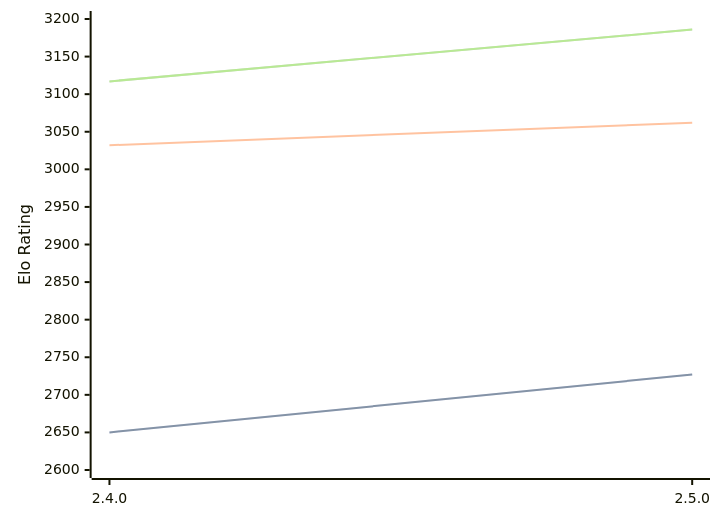
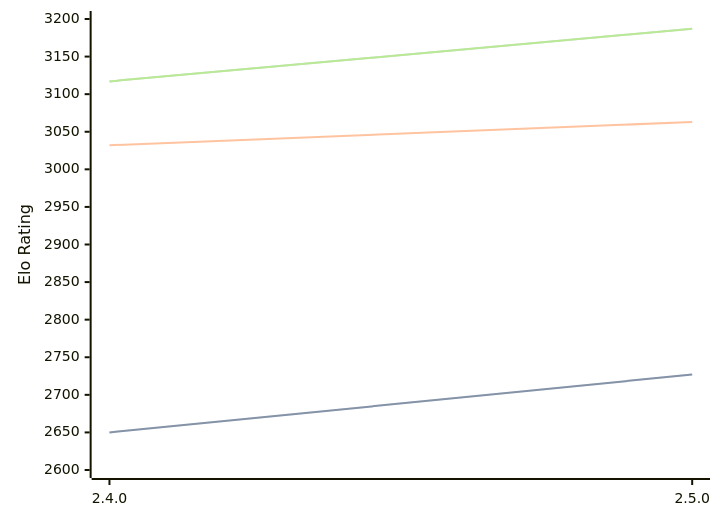
One commit to computer-chess-index/cci changed the diagram in engines/Sturddle2.md. Above: the diagram before and after it, drawn with Mermaid. The commit also changed other lines of this file, not shown here.

Commit message:
Update CCI Ratings (ELO VLTC) - 2026-03-26

````diff
--- a/engines/Sturddle2.md
+++ b/engines/Sturddle2.md
@@ -37,11 +37,11 @@
 ```mermaid
 %%{init: {"theme":"base","themeVariables":{"seriesColors:['#a3a3a3','#222221','#faa371']}}}%%
 xychart-beta
   x-axis ["2.4.0", "2.5.0"]
   y-axis "Elo Rating" 2600 --> 3200
   line "STC (8.0+0.08s)" [2650, 2727]
   line "STC (8.0+0.08s)" [2650, 2727]
-  line "LTC (60.0+0.60s)" [3032, 3062]
-  line "VLTC (2m24s+1.12s)" [3117, 3186]
-  line "VLTC (2m24s+1.12s)" [3117, 3186]
+  line "LTC (60.0+0.60s)" [3032, 3063]
+  line "VLTC (2m24s+1.12s)" [3117, 3187]
+  line "VLTC (2m24s+1.12s)" [3117, 3187]
 ```
````
